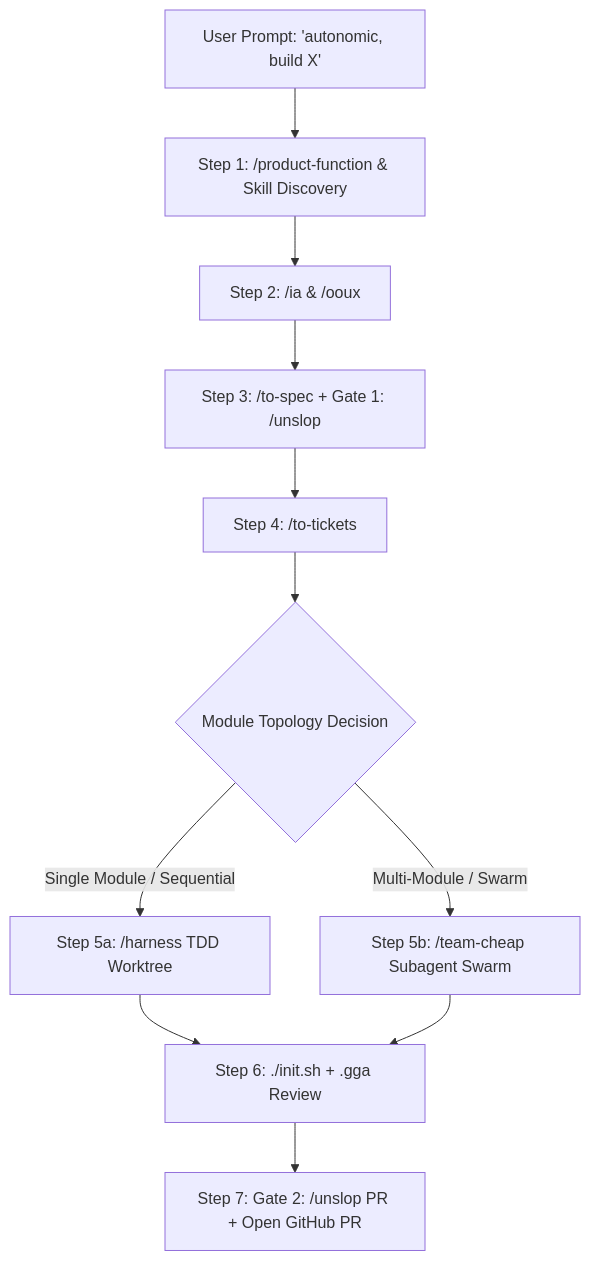
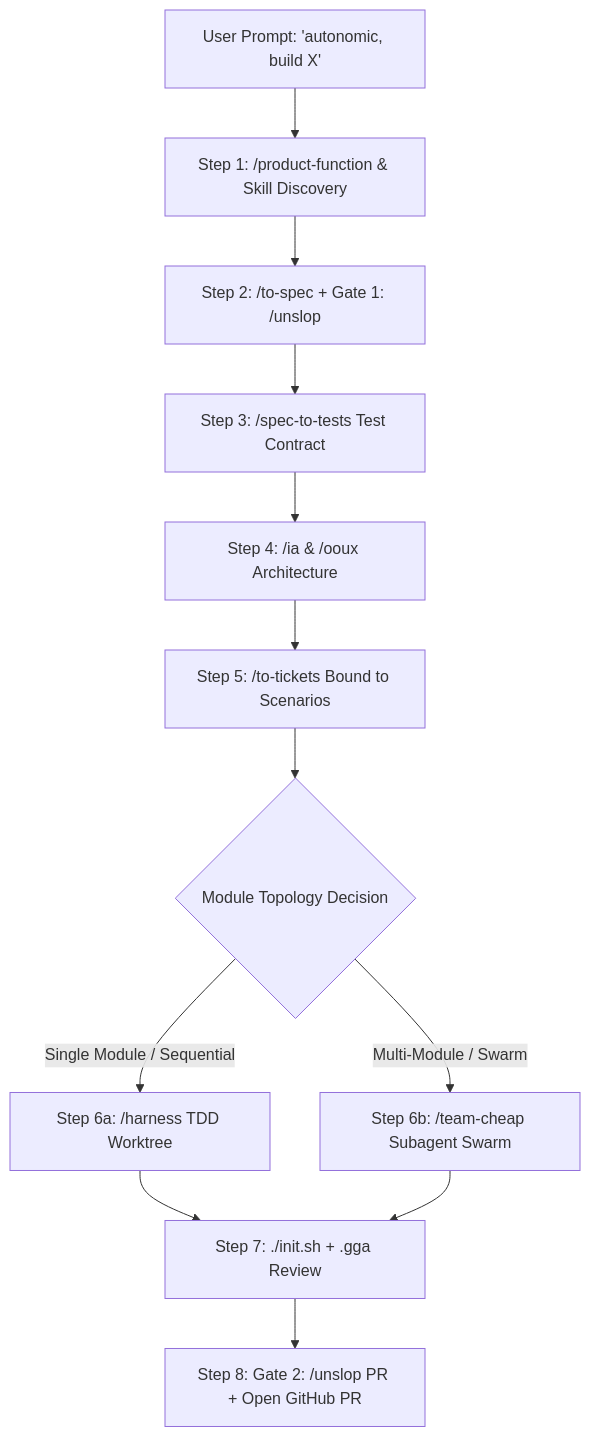
The diagram in .agents/skills/autonomic/SKILL.md (cesarchavezcal/agent-boilerplate), drawn with Mermaid before and after one commit. The commit also changed other lines of this file and 4 other files, not shown here.

Commit message:
feat(skills): add /spec-to-tests skill for un-contaminated behavioral test contracts

````diff
--- a/.agents/skills/autonomic/SKILL.md
+++ b/.agents/skills/autonomic/SKILL.md
@@ -27,13 +27,14 @@
 ```mermaid
 flowchart TD
     A[User Prompt: 'autonomic, build X'] --> B[Step 1: /product-function & Skill Discovery]
-    B --> C[Step 2: /ia & /ooux]
-    C --> D[Step 3: /to-spec + Gate 1: /unslop]
-    D --> E[Step 4: /to-tickets]
-    E --> F{Module Topology Decision}
-    F -- Single Module / Sequential --> G[Step 5a: /harness TDD Worktree]
-    F -- Multi-Module / Swarm --> H[Step 5b: /team-cheap Subagent Swarm]
-    G --> I[Step 6: ./init.sh + .gga Review]
-    H --> I
-    I --> J[Step 7: Gate 2: /unslop PR + Open GitHub PR]
+    B --> C[Step 2: /to-spec + Gate 1: /unslop]
+    C --> D[Step 3: /spec-to-tests Test Contract]
+    D --> E[Step 4: /ia & /ooux Architecture]
+    E --> F[Step 5: /to-tickets Bound to Scenarios]
+    F --> G{Module Topology Decision}
+    G -- Single Module / Sequential --> H[Step 6a: /harness TDD Worktree]
+    G -- Multi-Module / Swarm --> I[Step 6b: /team-cheap Subagent Swarm]
+    H --> J[Step 7: ./init.sh + .gga Review]
+    I --> J
+    J --> K[Step 8: Gate 2: /unslop PR + Open GitHub PR]
 ```
````
